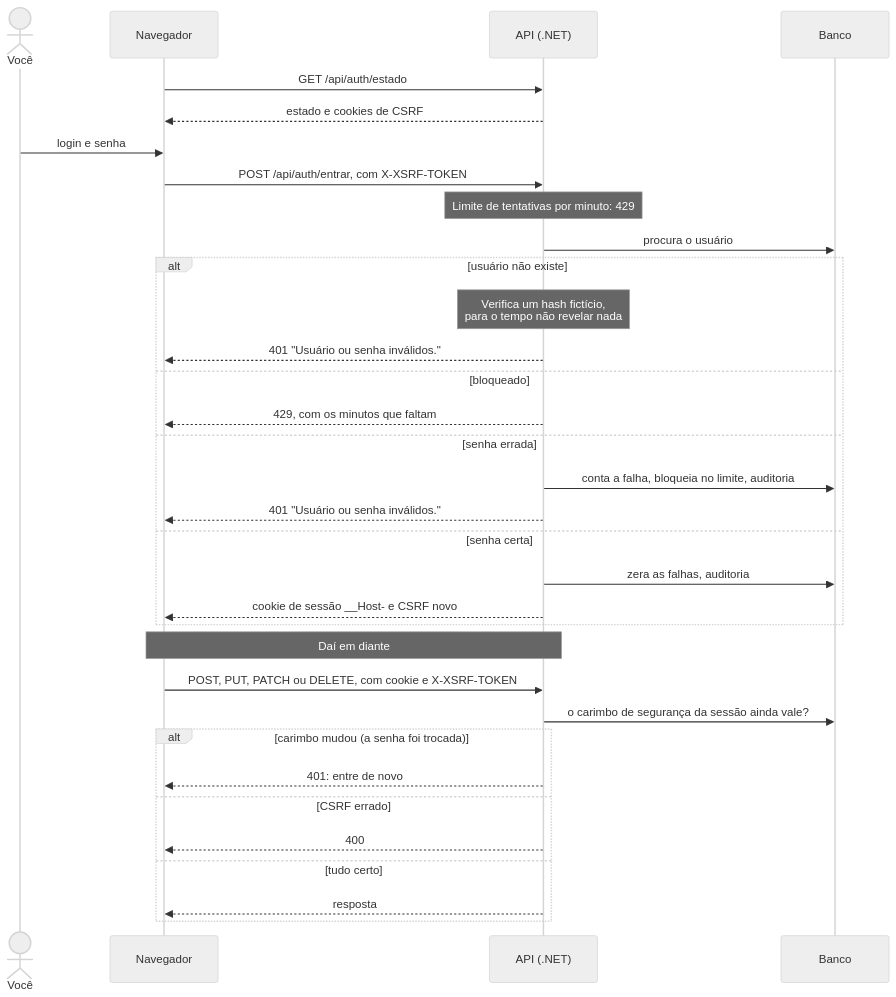
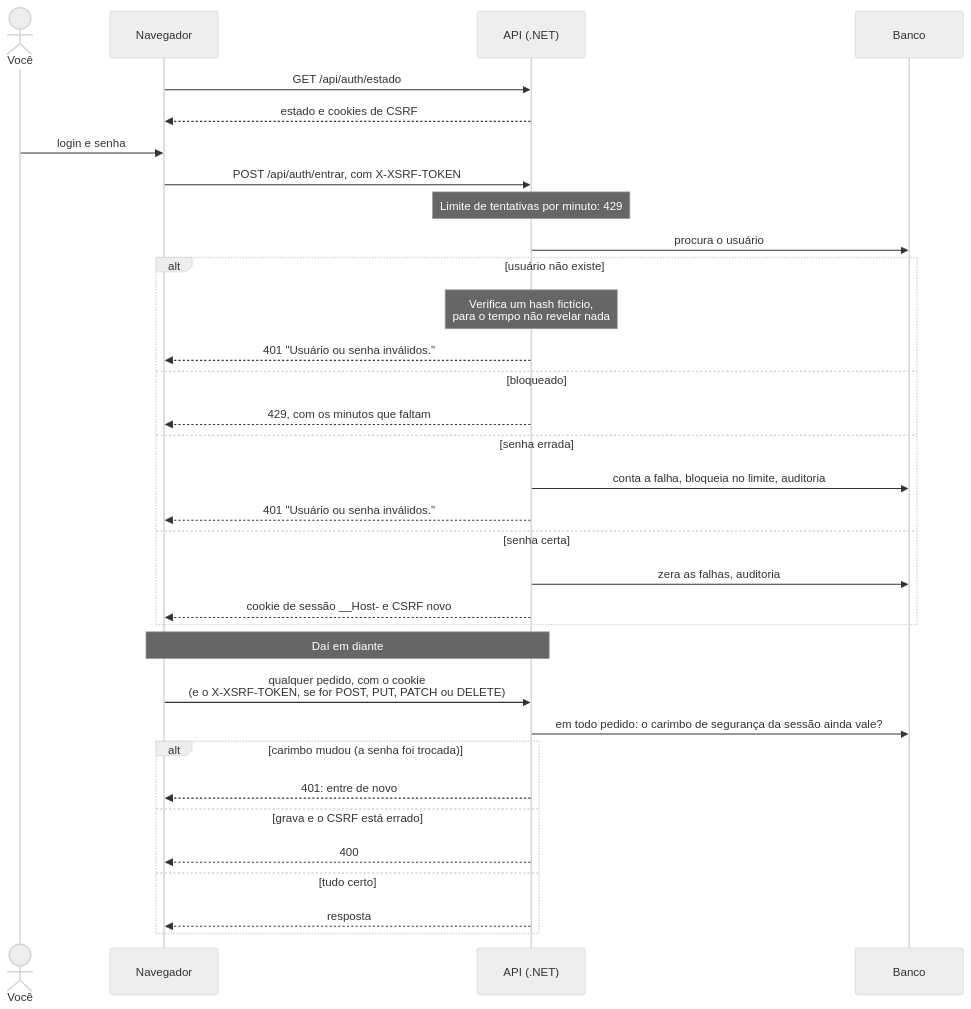
One commit to LucasDesenvGit/financas-local changed the first of 5 diagrams in docs/arquitetura/fluxos.md. Above: the diagram before and after it, drawn with Mermaid (neutral theme). The commit also changed other lines of this file and 10 other files, not shown here.

````diff
--- a/docs/arquitetura/fluxos.md
+++ b/docs/arquitetura/fluxos.md
@@ -11,37 +11,37 @@
 ```mermaid
 sequenceDiagram
     actor Pessoa as Você
     participant Nav as Navegador
     participant API as API (.NET)
     participant BD as Banco
 
     Nav->>API: GET /api/auth/estado
     API-->>Nav: estado e cookies de CSRF
     Pessoa->>Nav: login e senha
     Nav->>API: POST /api/auth/entrar, com X-XSRF-TOKEN
     Note over API: Limite de tentativas por minuto: 429
     API->>BD: procura o usuário
     alt usuário não existe
         Note over API: Verifica um hash fictício,<br/>para o tempo não revelar nada
         API-->>Nav: 401 "Usuário ou senha inválidos."
     else bloqueado
         API-->>Nav: 429, com os minutos que faltam
     else senha errada
         API->>BD: conta a falha, bloqueia no limite, auditoria
         API-->>Nav: 401 "Usuário ou senha inválidos."
     else senha certa
         API->>BD: zera as falhas, auditoria
         API-->>Nav: cookie de sessão __Host- e CSRF novo
     end
 
     Note over Nav,API: Daí em diante
-    Nav->>API: POST, PUT, PATCH ou DELETE, com cookie e X-XSRF-TOKEN
-    API->>BD: o carimbo de segurança da sessão ainda vale?
+    Nav->>API: qualquer pedido, com o cookie<br/>(e o X-XSRF-TOKEN, se for POST, PUT, PATCH ou DELETE)
+    API->>BD: em todo pedido: o carimbo de segurança da sessão ainda vale?
     alt carimbo mudou (a senha foi trocada)
         API-->>Nav: 401: entre de novo
-    else CSRF errado
+    else grava e o CSRF está errado
         API-->>Nav: 400
     else tudo certo
         API-->>Nav: resposta
     end
 ```
````
